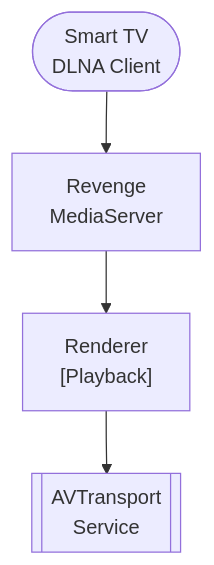
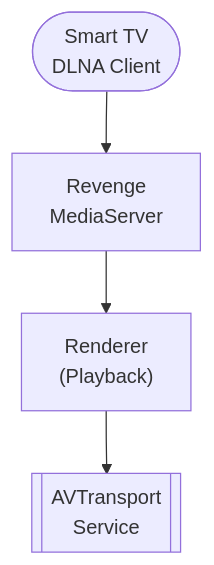
One commit to lusoris/revenge changed the diagram in docs/dev/design/integrations/casting/DLNA.md. Above: the diagram before and after it, drawn with Mermaid. The commit also changed 210 other files, not shown here.

First line of the commit message:
fix(docs): Use quoted labels in Mermaid to preserve parentheses

````diff
--- a/docs/dev/design/integrations/casting/DLNA.md
+++ b/docs/dev/design/integrations/casting/DLNA.md
@@ -58,10 +58,10 @@
 ```mermaid
 flowchart TD
-    node1([Smart TV<br/>DLNA Client])
+    node1(["Smart TV<br/>DLNA Client"])
     node2["Revenge<br/>MediaServer"]
-    node3["Renderer<br/>[Playback]"]
-    node4[[AVTransport<br/>Service]]
+    node3["Renderer<br/>(Playback)"]
+    node4[["AVTransport<br/>Service"]]
     node1 --> node2
     node3 --> node4
     node2 --> node3
 ```
````
